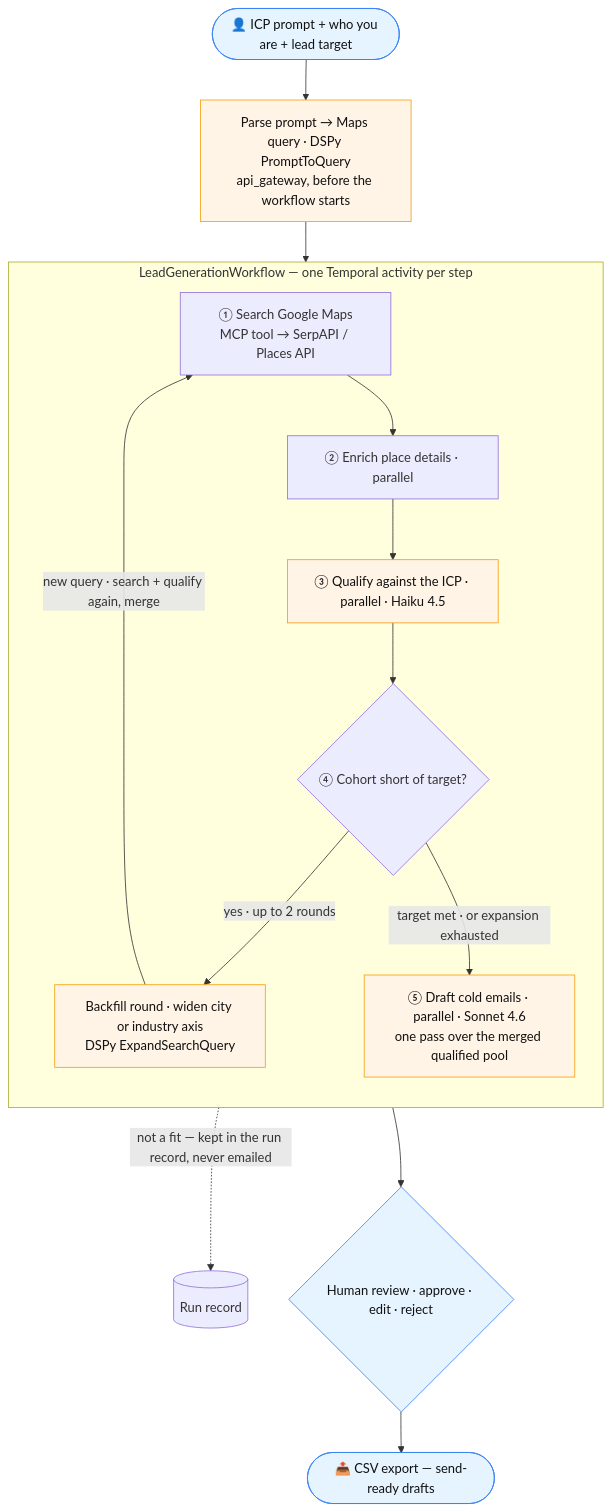
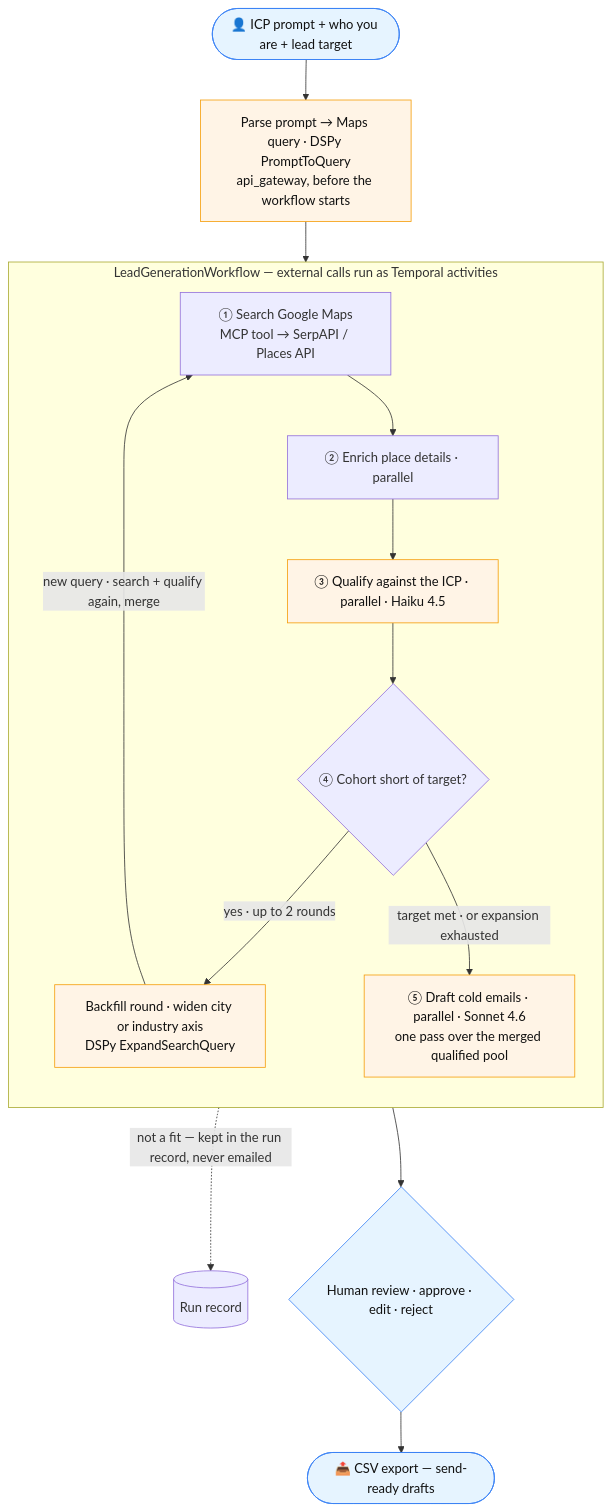
The first of 2 diagrams in README.md (KVM1L03/lead-ia), drawn with Mermaid before and after one commit. The commit also changed other lines of this file, not shown here.

First line of the commit message:
docs: tighten activity-boundary and sync-parity wording

````diff
--- a/README.md
+++ b/README.md
@@ -48,30 +48,30 @@
 ```mermaid
 flowchart TB
     START(["👤 ICP prompt + who you are + lead target"])
     START --> PARSE["Parse prompt → Maps query · DSPy PromptToQuery<br/>api_gateway, before the workflow starts"]
 
-    subgraph WF["LeadGenerationWorkflow — one Temporal activity per step"]
+    subgraph WF["LeadGenerationWorkflow — external calls run as Temporal activities"]
         direction TB
         SEARCH["① Search Google Maps<br/>MCP tool → SerpAPI / Places API"]
         ENRICH["② Enrich place details · parallel"]
         QUAL["③ Qualify against the ICP · parallel · Haiku 4.5"]
         SHORT{"④ Cohort short of target?"}
         BACKFILL["Backfill round · widen city or industry axis<br/>DSPy ExpandSearchQuery"]
         EMAIL["⑤ Draft cold emails · parallel · Sonnet 4.6<br/>one pass over the merged qualified pool"]
 
         SEARCH --> ENRICH --> QUAL --> SHORT
         SHORT -->|"yes · up to 2 rounds"| BACKFILL
         BACKFILL -->|"new query · search + qualify again, merge"| SEARCH
         SHORT -->|"target met · or expansion exhausted"| EMAIL
     end
 
     PARSE --> SEARCH
     QUAL -.->|"not a fit — kept in the run record, never emailed"| RECORD[("Run record")]
     EMAIL --> REVIEW{"Human review · approve · edit · reject"}
     REVIEW --> OUT(["📤 CSV export — send-ready drafts"])
 
     classDef ai fill:#fff4e6,stroke:#f59e0b,color:#111
     classDef human fill:#e6f4ff,stroke:#3b82f6,color:#111
     class PARSE,QUAL,EMAIL,BACKFILL ai
     class START,REVIEW,OUT human
 ```
````
